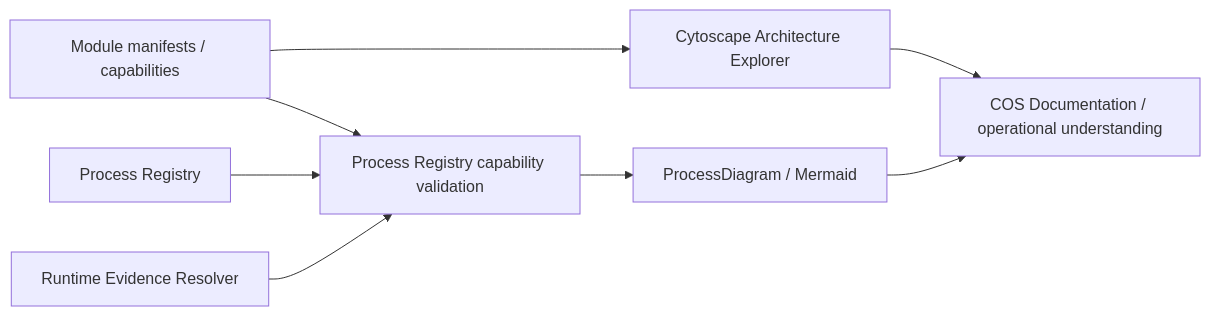
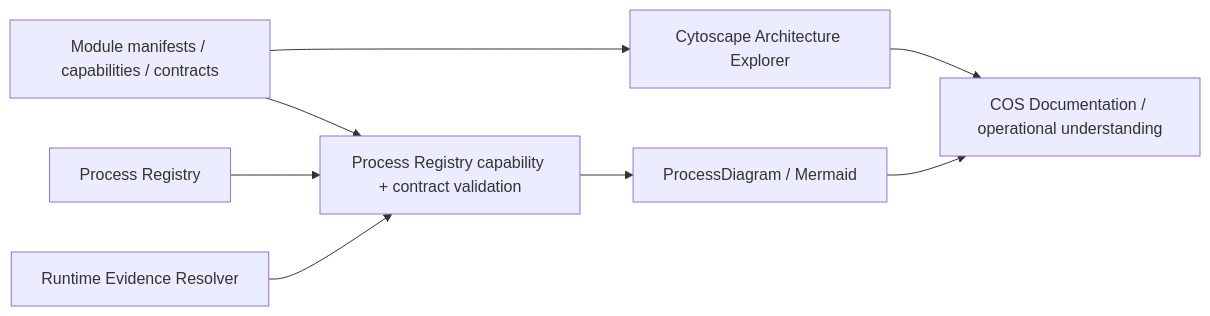
One commit to Murakhovsky/TerraNova2026 changed the diagram in docs/02-workflows/business-process-modeling.md. Above: the diagram before and after it, drawn with Mermaid. The commit also changed other lines of this file and 7 other files, not shown here.

First line of the commit message:
DOC V0.19.1 — contract-guard cross-domain process semantics

````diff
--- a/docs/02-workflows/business-process-modeling.md
+++ b/docs/02-workflows/business-process-modeling.md
@@ -186,10 +224,10 @@
 ```mermaid
 flowchart LR
-    A[Module manifests / capabilities] --> B[Cytoscape Architecture Explorer]
-    A --> C[Process Registry capability validation]
+    A[Module manifests / capabilities / contracts] --> B[Cytoscape Architecture Explorer]
+    A --> C[Process Registry capability + contract validation]
     D[Process Registry] --> C
     E[Runtime Evidence Resolver] --> C
     C --> F[ProcessDiagram / Mermaid]
     B --> G[COS Documentation / operational understanding]
     F --> G
 ```
````
